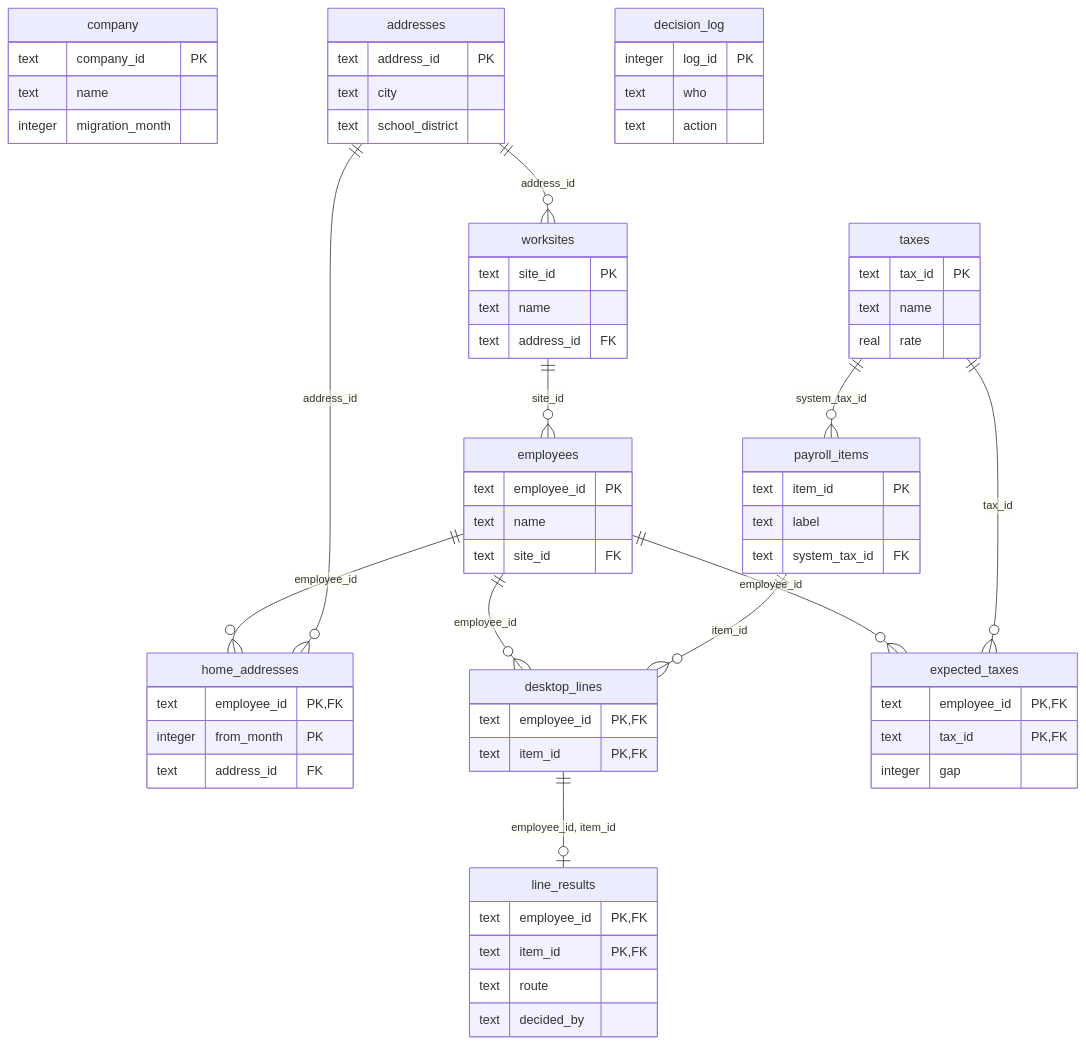
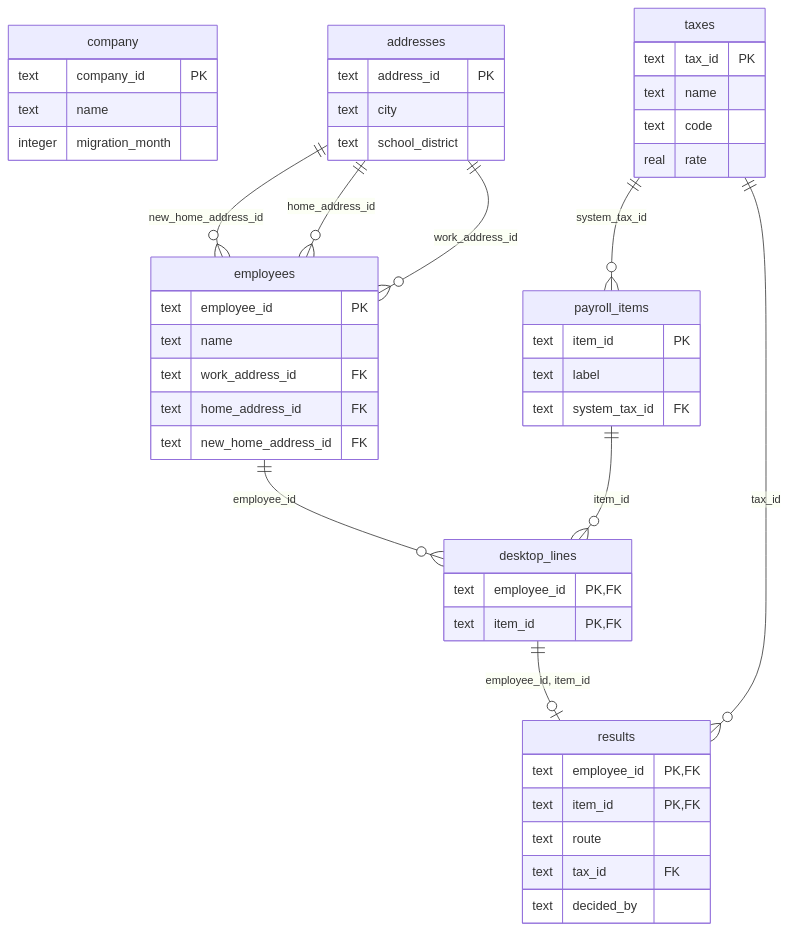
Before and after one commit to Adarsh-panadath/local-tax-migration-prototype: the diagram in docs/schema.mmd, drawn with Mermaid. The commit also changed 12 other files, not shown here.

```diff
--- a/docs/schema.mmd
+++ b/docs/schema.mmd
@@ -1,66 +1,48 @@
 erDiagram
   company {
     text company_id PK
     text name
     integer migration_month
   }
-  worksites {
-    text site_id PK
-    text name
-    text address_id FK
-  }
   employees {
     text employee_id PK
     text name
-    text site_id FK
-  }
-  home_addresses {
-    text employee_id PK, FK
-    integer from_month PK
-    text address_id FK
+    text work_address_id FK
+    text home_address_id FK
+    text new_home_address_id FK
   }
   payroll_items {
     text item_id PK
     text label
     text system_tax_id FK
   }
   desktop_lines {
     text employee_id PK, FK
     text item_id PK, FK
   }
   addresses {
     text address_id PK
     text city
     text school_district
   }
   taxes {
     text tax_id PK
     text name
+    text code
     real rate
   }
-  expected_taxes {
-    text employee_id PK, FK
-    text tax_id PK, FK
-    integer gap
-  }
-  line_results {
+  results {
     text employee_id PK, FK
     text item_id PK, FK
     text route
+    text tax_id FK
     text decided_by
   }
-  decision_log {
-    integer log_id PK
-    text who
-    text action
-  }
-  addresses ||--o{ worksites : "address_id"
-  worksites ||--o{ employees : "site_id"
-  addresses ||--o{ home_addresses : "address_id"
-  employees ||--o{ home_addresses : "employee_id"
+  addresses ||--o{ employees : "new_home_address_id"
+  addresses ||--o{ employees : "home_address_id"
+  addresses ||--o{ employees : "work_address_id"
   taxes ||--o{ payroll_items : "system_tax_id"
   payroll_items ||--o{ desktop_lines : "item_id"
   employees ||--o{ desktop_lines : "employee_id"
-  taxes ||--o{ expected_taxes : "tax_id"
-  employees ||--o{ expected_taxes : "employee_id"
-  desktop_lines ||--o| line_results : "employee_id, item_id"
+  desktop_lines ||--o| results : "employee_id, item_id"
+  taxes ||--o{ results : "tax_id"
```
